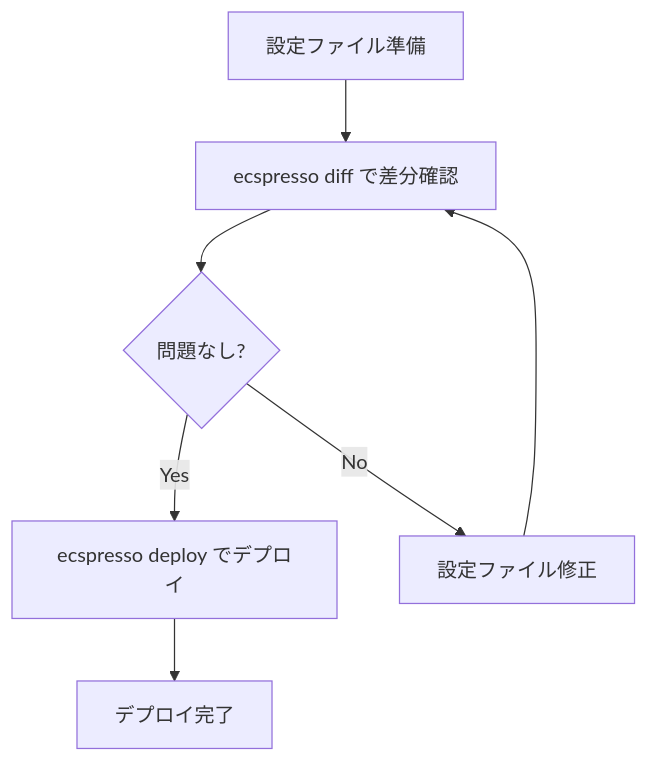
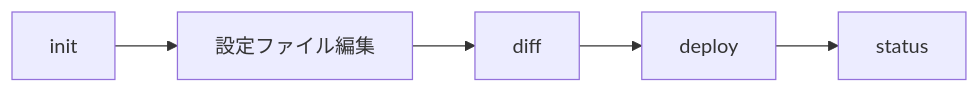
Before and after one commit to bufferings/devin-docs: the diagram in ecspresso/quickstart/basic-usage.md, drawn with Mermaid. The commit also changed other lines of this file and 12 other files, not shown here.

````diff
--- a/ecspresso/quickstart/basic-usage.md
+++ b/ecspresso/quickstart/basic-usage.md
@@ -165,9 +62,7 @@
 ```mermaid
-graph TD
-    A[設定ファイル準備] --> B[ecspresso diff で差分確認]
-    B --> C{問題なし?}
-    C -->|Yes| D[ecspresso deploy でデプロイ]
-    C -->|No| E[設定ファイル修正]
-    E --> B
-    D --> F[デプロイ完了]
+graph LR
+  A[init] --> B[設定ファイル編集]
+  B --> C[diff]
+  C --> D[deploy]
+  D --> E[status]
 ```
````
